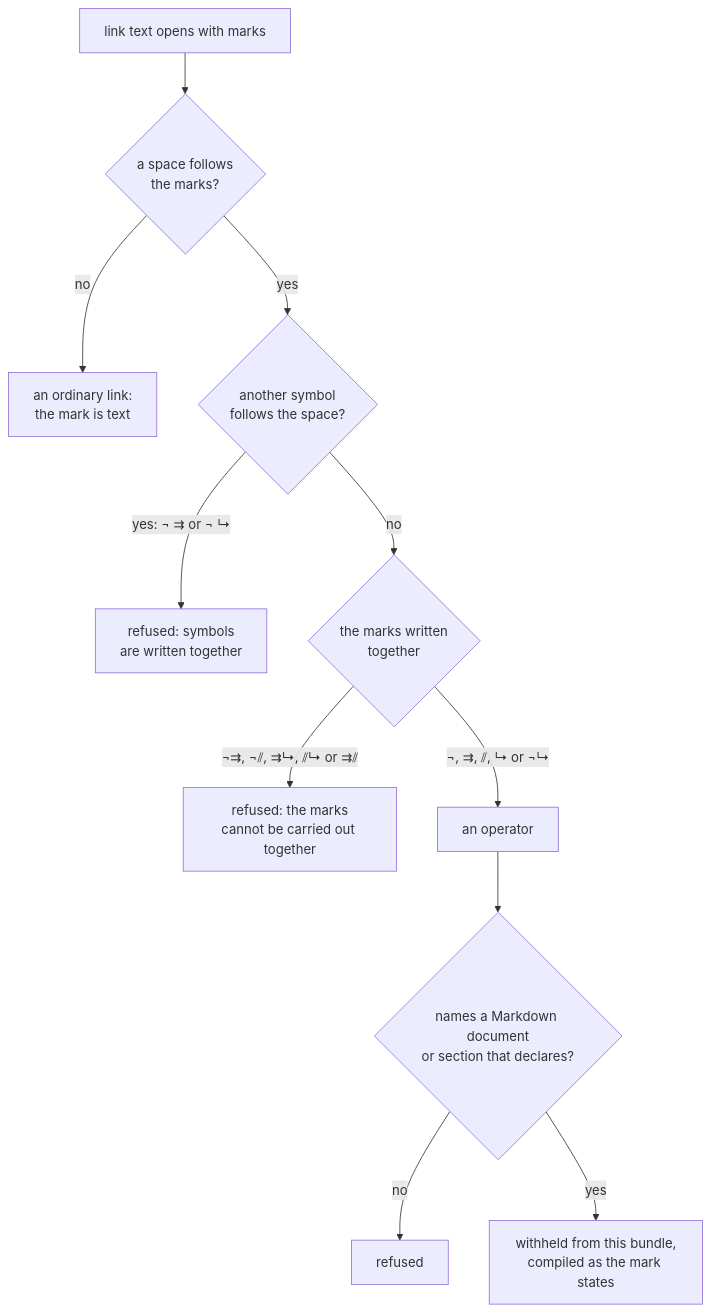
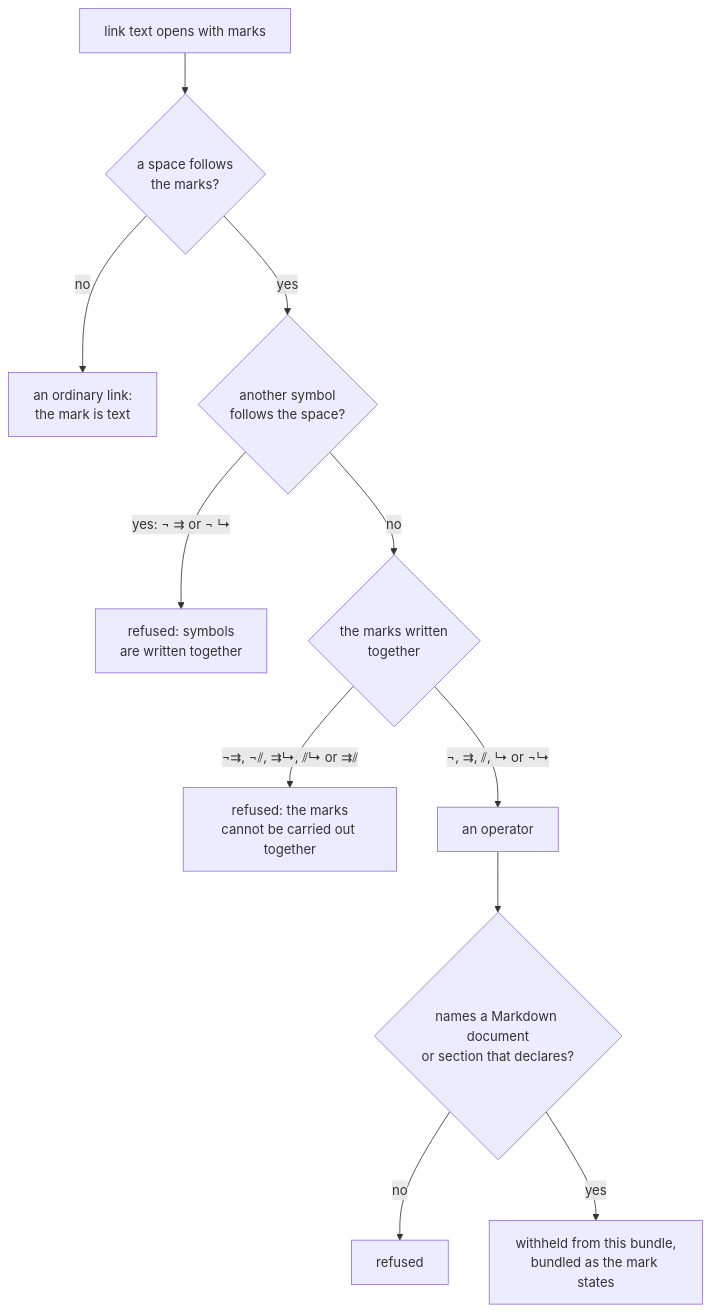
Before and after one commit to m2ux/prosiform: the second of 2 diagrams in docs/references.md, drawn with Mermaid. The commit also changed other lines of this file and 280 other files, not shown here.

````diff
--- a/docs/references.md
+++ b/docs/references.md
@@ -78,13 +78,13 @@
 ```mermaid
 flowchart TD
   Text["link text opens with marks"] --> Space{"a space follows<br/>the marks?"}
   Space -- no --> Plain["an ordinary link:<br/>the mark is text"]
   Space -- yes --> Second{"another symbol<br/>follows the space?"}
   Second -- "yes: ¬ ⇉ or ¬ ↳" --> Refused["refused: symbols<br/>are written together"]
   Second -- no --> Combined{"the marks written<br/>together"}
   Combined -- "¬⇉, ¬⫽, ⇉↳, ⫽↳ or ⇉⫽" --> Contradicts["refused: the marks<br/>cannot be carried out together"]
   Combined -- "¬, ⇉, ⫽, ↳ or ¬↳" --> Operator["an operator"]
   Operator --> Target{"names a Markdown document<br/>or section that declares?"}
   Target -- no --> RefusedToo["refused"]
-  Target -- yes --> Withheld["withheld from this bundle,<br/>compiled as the mark states"]
+  Target -- yes --> Withheld["withheld from this bundle,<br/>bundled as the mark states"]
 ```
````
